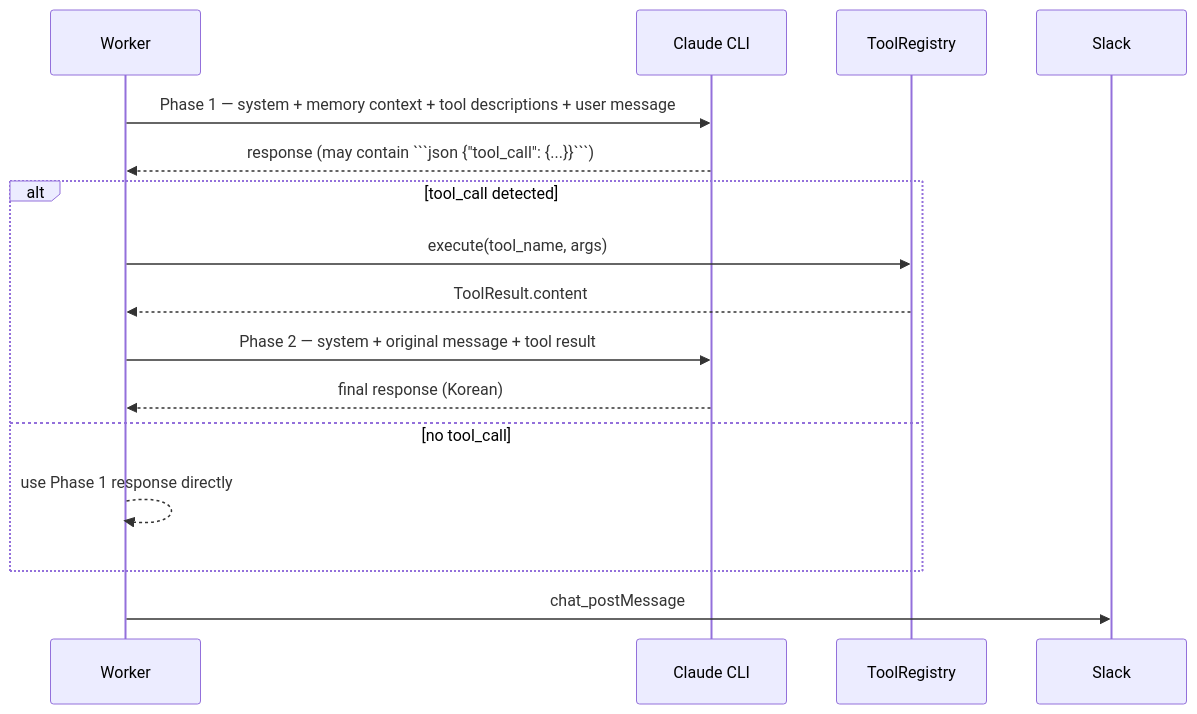
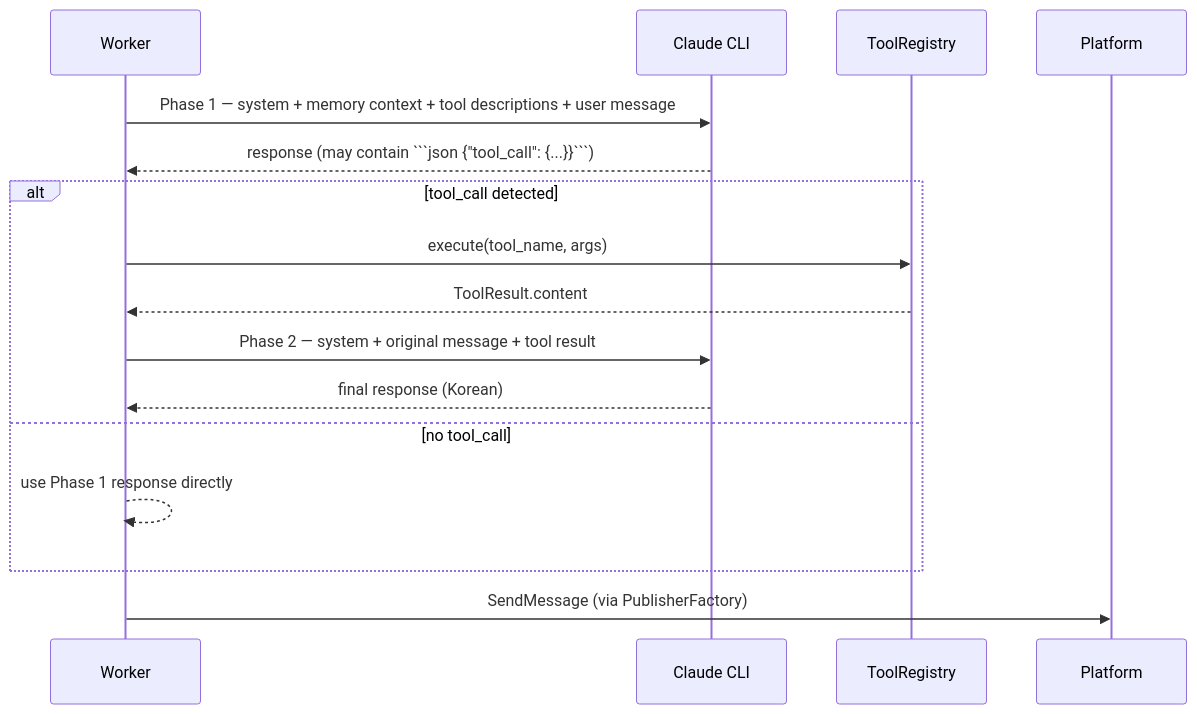
Before and after one commit to baekenough/customclaw: the second of 3 diagrams in docs/architecture.en.md, drawn with Mermaid. The commit also changed other lines of this file and 3 other files, not shown here.

First line of the commit message:
docs: update README and architecture docs for current state

````diff
--- a/docs/architecture.en.md
+++ b/docs/architecture.en.md
@@ -106,18 +110,18 @@
 ```mermaid
 sequenceDiagram
     participant W as Worker
     participant C as Claude CLI
     participant T as ToolRegistry
 
     W->>C: Phase 1 — system + memory context + tool descriptions + user message
     C-->>W: response (may contain ```json {"tool_call": {...}}```)
     alt tool_call detected
         W->>T: execute(tool_name, args)
         T-->>W: ToolResult.content
         W->>C: Phase 2 — system + original message + tool result
         C-->>W: final response (Korean)
     else no tool_call
         W-->>W: use Phase 1 response directly
     end
-    W->>Slack: chat_postMessage
+    W->>Platform: SendMessage (via PublisherFactory)
 ```
````
